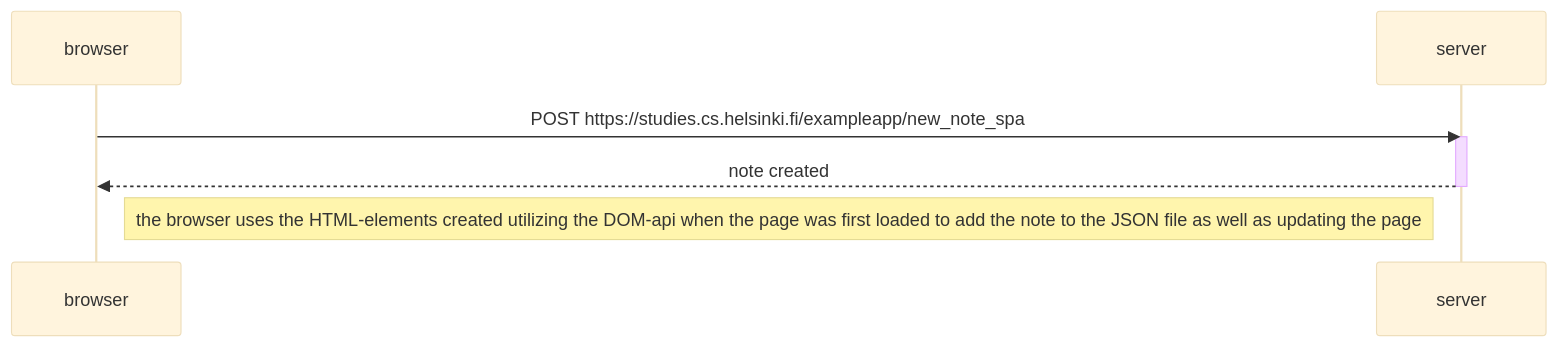
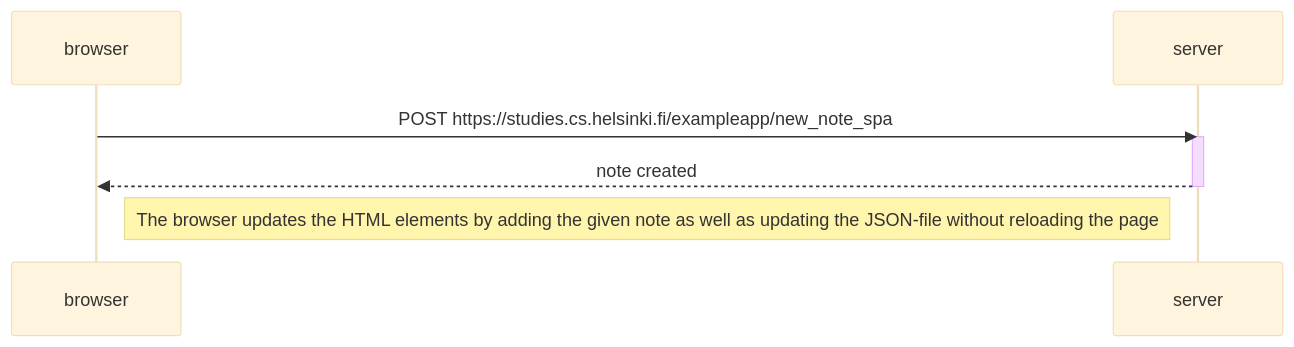
Before and after one commit to sampsaol/fullstackopen: the diagram in osa0/6_tehtava.md, drawn with Mermaid (base theme).

Commit message:
Final update 6_tehtava.md

````diff
--- a/osa0/6_tehtava.md
+++ b/osa0/6_tehtava.md
@@ -1,11 +1,11 @@
 ```mermaid
 sequenceDiagram
   participant browser
   participant server
 
   browser ->> server: POST https://studies.cs.helsinki.fi/exampleapp/new_note_spa
   activate server
   server -->> browser: note created
   deactivate server
-  Note right of browser: the browser uses the HTML-elements created utilizing the DOM-api when the page was first loaded to add the note to the JSON file as well as updating the page
+  Note right of browser: The browser updates the HTML elements by adding the given note as well as updating the JSON-file without reloading the page
 ```
````
